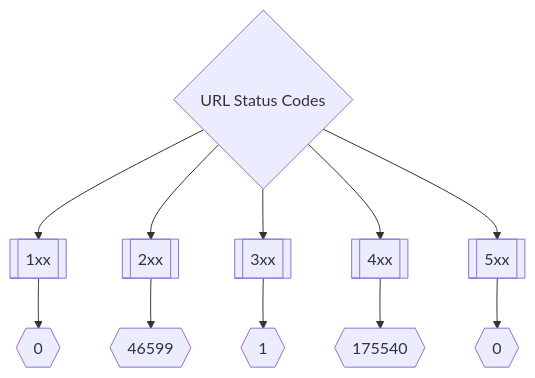
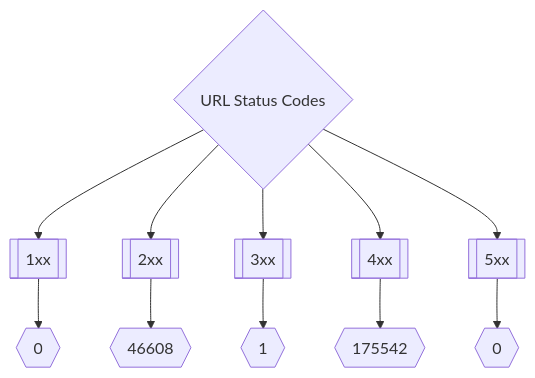
One commit to trickest/inventory changed the second of 3 diagrams in README.md. Above: the diagram before and after it, drawn with Mermaid. The commit also changed other lines of this file and 10 other files, not shown here.

````diff
--- a/README.md
+++ b/README.md
@@ -173,8 +173,8 @@
 ```mermaid
 graph TD
 title{URL Status Codes} --> 1xx[[1xx]] --> status1xxNum{{0}}
-title --> 2xx[[2xx]] --> status2xxNum{{46599}}
+title --> 2xx[[2xx]] --> status2xxNum{{46608}}
 title --> 3xx[[3xx]] --> status3xxNum{{1}}
-title --> 4xx[[4xx]] --> status4xxNum{{175540}}
+title --> 4xx[[4xx]] --> status4xxNum{{175542}}
 title --> 5xx[[5xx]] --> status5xxNum{{0}}
 ```
````
